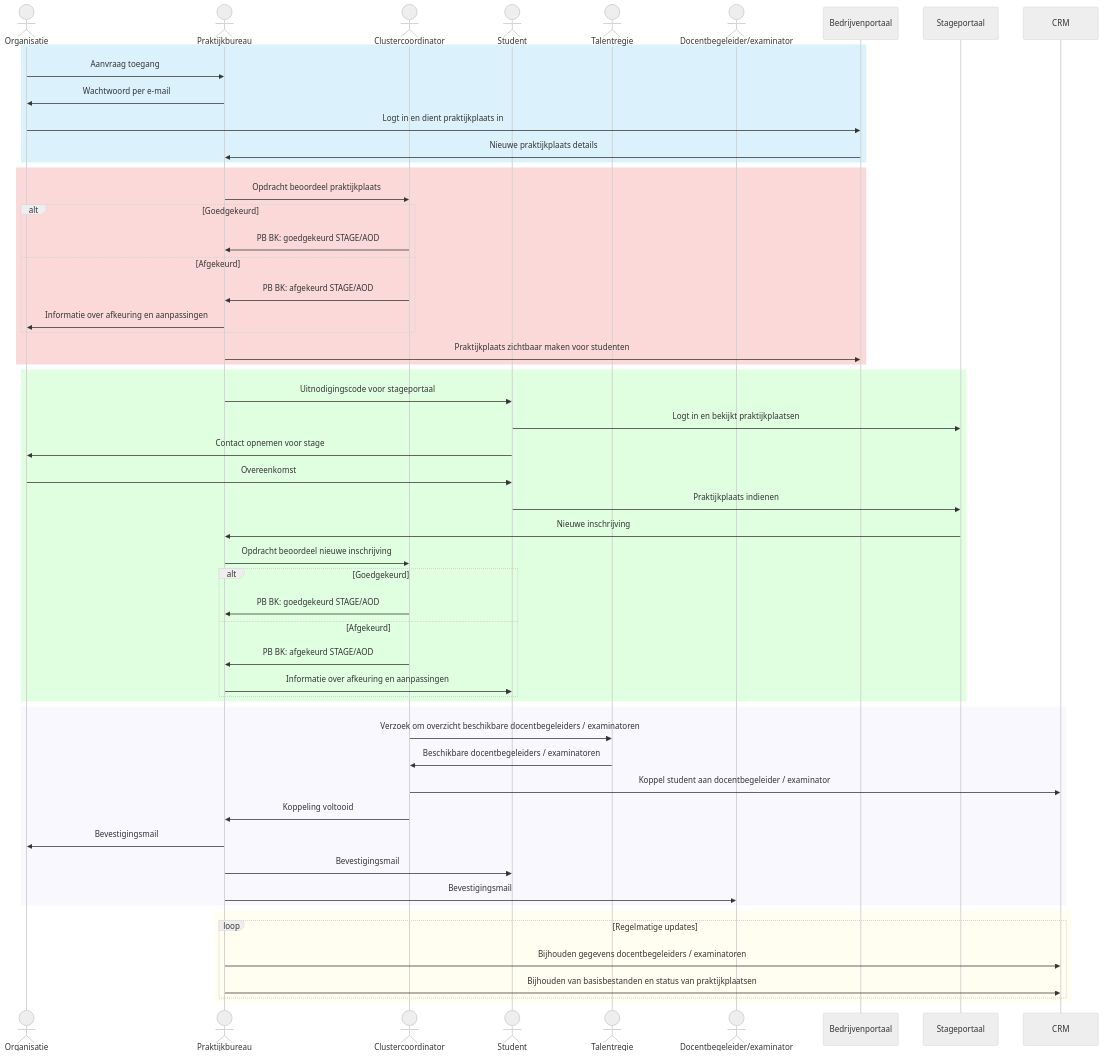
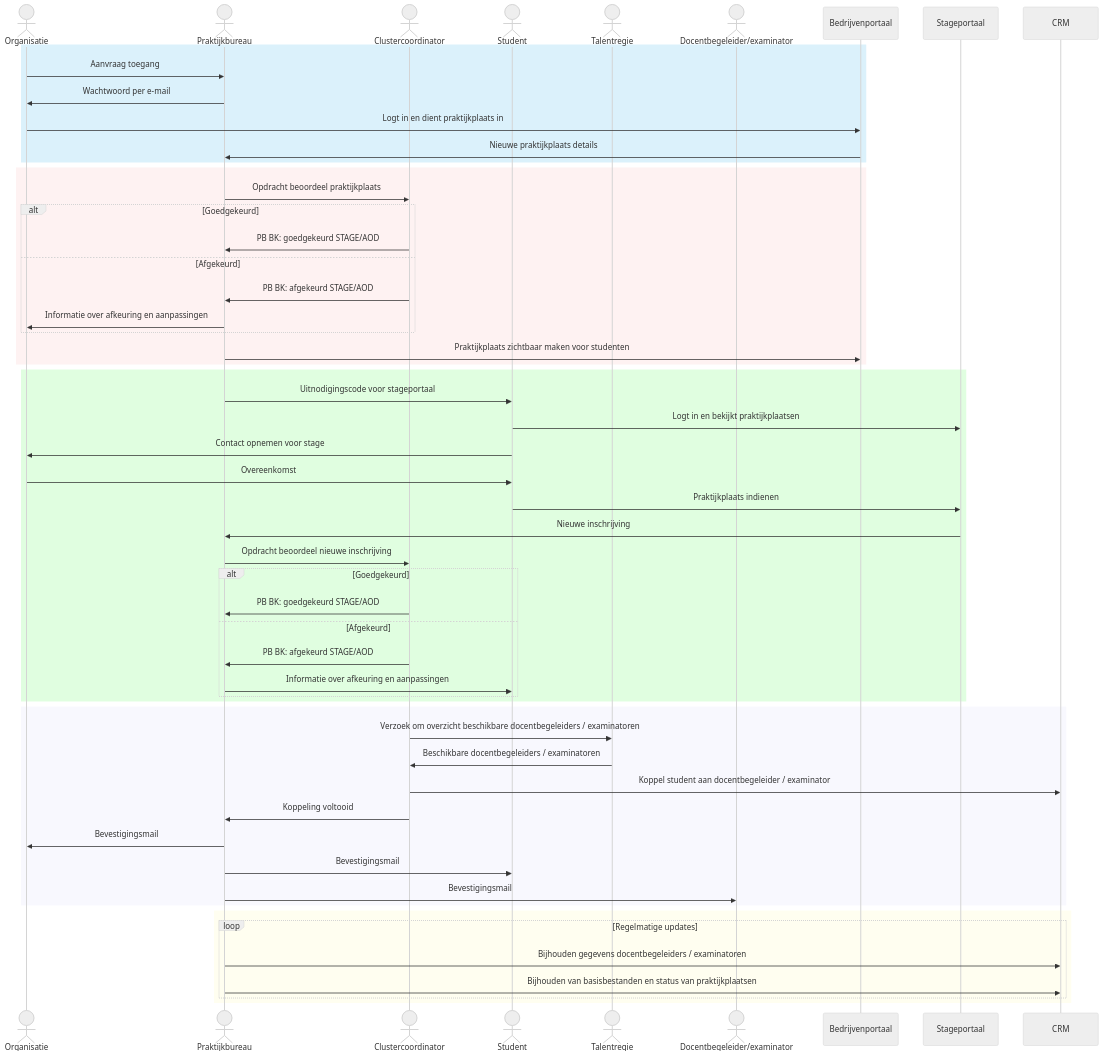
One commit to hanbedrijfskunde/praktijkworkflow changed the diagram in processchema.qmd. Above: the diagram before and after it, drawn with Mermaid (neutral theme). The commit also changed 3 other files, not shown here.

````diff
--- a/processchema.qmd
+++ b/processchema.qmd
@@ -10,67 +10,67 @@
 ```{mermaid}
 %%| column: screen
 sequenceDiagram
   actor Organisatie
   actor Praktijkbureau
   actor Clustercoordinator
   actor Student
   actor Talentregie
   actor Docentbegeleider/examinator
 
   %% Fase 1: Toegang & Indienen
   rect rgb(137, 207, 240, 0.3)
   Organisatie->>Praktijkbureau: Aanvraag toegang
   Praktijkbureau->>Organisatie: Wachtwoord per e-mail
   Organisatie->>Bedrijvenportaal: Logt in en dient praktijkplaats in
   Bedrijvenportaal->>Praktijkbureau: Nieuwe praktijkplaats details
   end
   
   %% Fase 2: Beoordelen & Verwerken
-  rect rgb(240, 128, 128, 0.3)
+  rect rgb(240, 128, 128, 0.1)
   Praktijkbureau->>Clustercoordinator: Opdracht beoordeel praktijkplaats
   alt Goedgekeurd
     Clustercoordinator->>Praktijkbureau: PB BK: goedgekeurd STAGE/AOD
   else Afgekeurd
     Clustercoordinator->>Praktijkbureau: PB BK: afgekeurd STAGE/AOD
     Praktijkbureau->>Organisatie: Informatie over afkeuring en aanpassingen
   end
   Praktijkbureau->>Bedrijvenportaal: Praktijkplaats zichtbaar maken voor studenten
   end
 
   %% Fase 3: Inschrijvingen & Goedkeuring
   rect rgb(152, 251, 152, 0.3)
   Praktijkbureau->>Student: Uitnodigingscode voor stageportaal
   Student->>Stageportaal: Logt in en bekijkt praktijkplaatsen
   Student->>Organisatie: Contact opnemen voor stage
   Organisatie->>Student: Overeenkomst
   Student->>Stageportaal: Praktijkplaats indienen
   Stageportaal->>Praktijkbureau: Nieuwe inschrijving
   Praktijkbureau->>Clustercoordinator: Opdracht beoordeel nieuwe inschrijving
   alt Goedgekeurd
     Clustercoordinator->>Praktijkbureau: PB BK: goedgekeurd STAGE/AOD
   else Afgekeurd
     Clustercoordinator->>Praktijkbureau: PB BK: afgekeurd STAGE/AOD
     Praktijkbureau->>Student: Informatie over afkeuring en aanpassingen
   end
   end
 
   %% Fase 4: Inzet begeleiding
   rect rgb(230, 230, 250, 0.3)
   Clustercoordinator->>Talentregie: Verzoek om overzicht beschikbare docentbegeleiders / examinatoren
   Talentregie->>Clustercoordinator: Beschikbare docentbegeleiders / examinatoren
   Clustercoordinator->>CRM: Koppel student aan docentbegeleider / examinator
   Clustercoordinator->>Praktijkbureau: Koppeling voltooid
   Praktijkbureau->>Organisatie: Bevestigingsmail
   Praktijkbureau->>Student: Bevestigingsmail
   Praktijkbureau->>Docentbegeleider/examinator: Bevestigingsmail
   end
 
   %% Fase 5: Overzicht en Onderhoud
   rect rgb(255, 250, 205, 0.3)
   loop Regelmatige updates
     Praktijkbureau->>CRM: Bijhouden gegevens docentbegeleiders / examinatoren
     Praktijkbureau->>CRM: Bijhouden van basisbestanden en status van praktijkplaatsen
   end
   end
 
 ```
````
